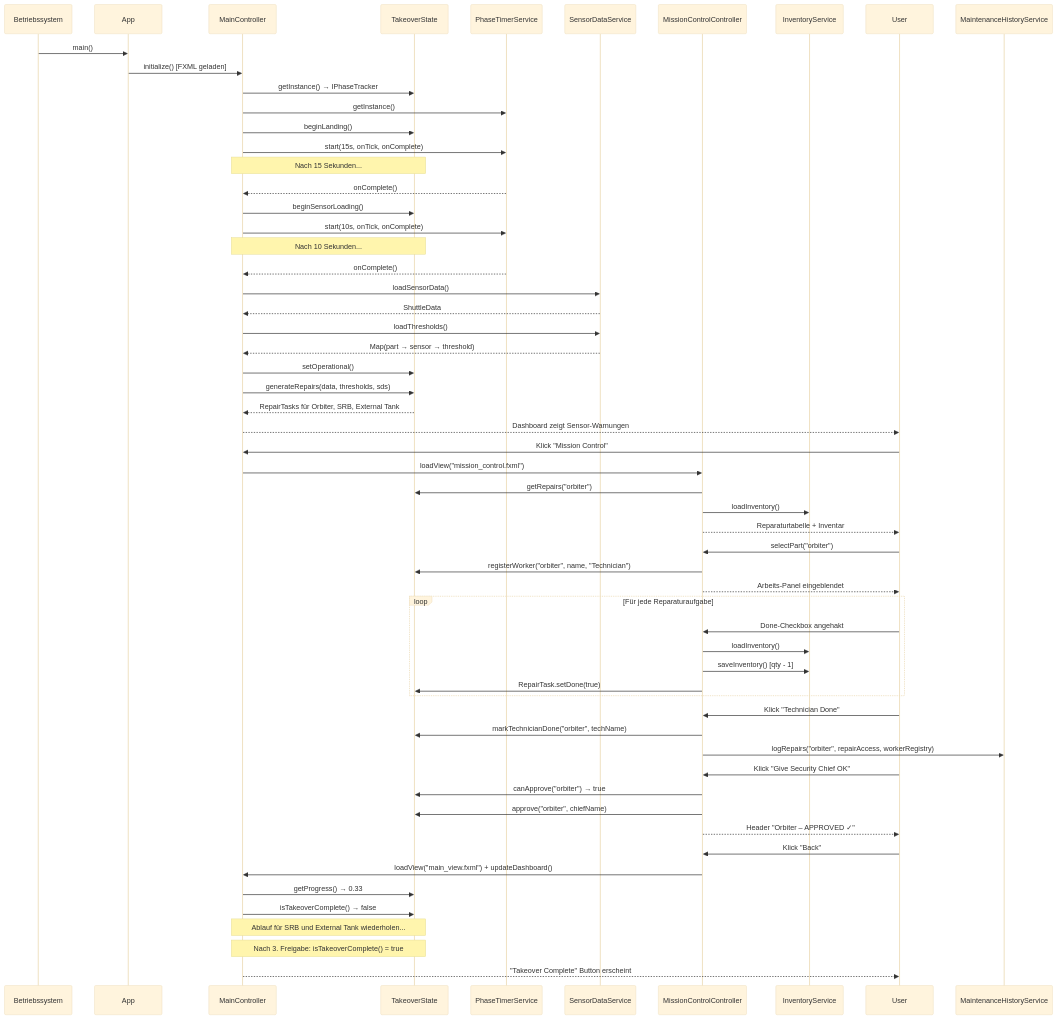
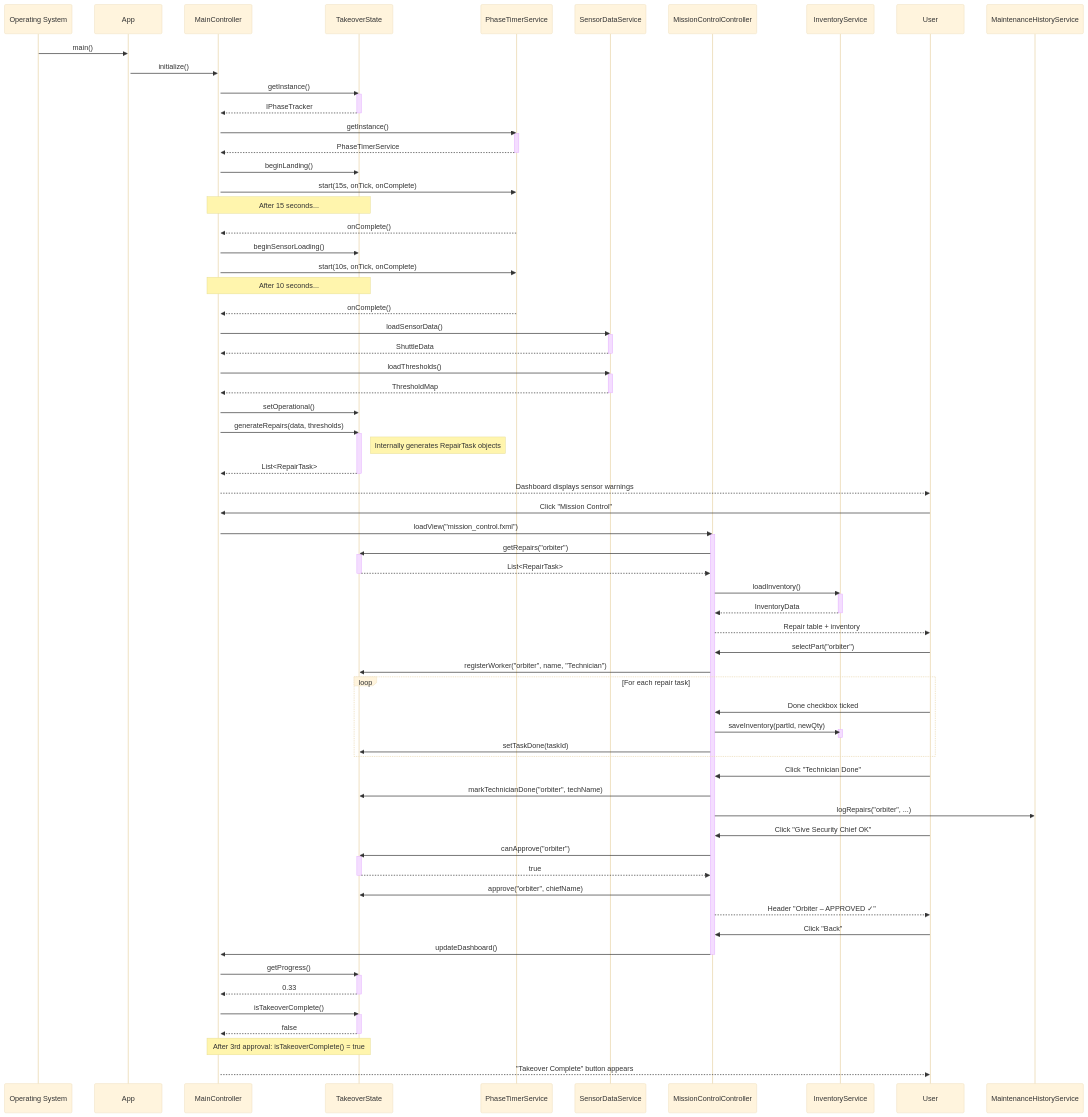
One commit to BassmaT/ShuttleLogisticGroup5 changed the sixth of 8 diagrams in README.md. Above: the diagram before and after it, drawn with Mermaid (base theme). The commit also changed other lines of this file and 83 other files, not shown here.

Commit message:
Changes: Fixed Language, updated tech docu, diagrams, logic, cleaned code

````diff
--- a/README.md
+++ b/README.md
@@ -895,6 +966,6 @@
 ```mermaid
 sequenceDiagram
-    participant OS as Betriebssystem
+    participant OS as Operating System
     participant App
     participant Main as MainController
     participant TS as TakeoverState
@@ -904,60 +975,105 @@
     participant IS as InventoryService
 
     OS->>App: main()
-    App->>Main: initialize() [FXML geladen]
-    Main->>TS: getInstance() → IPhaseTracker
+    activate App
+    App->>Main: initialize()
+    activate Main
+
+    Main->>TS: getInstance()
+    activate TS
+    TS-->>Main: IPhaseTracker
+    deactivate TS
+
     Main->>PTS: getInstance()
+    activate PTS
+    PTS-->>Main: PhaseTimerService
+    deactivate PTS
+
     Main->>TS: beginLanding()
     Main->>PTS: start(15s, onTick, onComplete)
 
-    Note over Main,TS: Nach 15 Sekunden...
+    Note over Main,TS: After 15 seconds...
     PTS-->>Main: onComplete()
+
     Main->>TS: beginSensorLoading()
     Main->>PTS: start(10s, onTick, onComplete)
 
-    Note over Main,TS: Nach 10 Sekunden...
+    Note over Main,TS: After 10 seconds...
     PTS-->>Main: onComplete()
+
     Main->>SDS: loadSensorData()
+    activate SDS
     SDS-->>Main: ShuttleData
+    deactivate SDS
+
     Main->>SDS: loadThresholds()
-    SDS-->>Main: Map(part → sensor → threshold)
+    activate SDS
+    SDS-->>Main: ThresholdMap
+    deactivate SDS
+
     Main->>TS: setOperational()
-    Main->>TS: generateRepairs(data, thresholds, sds)
-    TS-->>Main: RepairTasks für Orbiter, SRB, External Tank
-    Main-->>User: Dashboard zeigt Sensor-Warnungen
+    Main->>TS: generateRepairs(data, thresholds)
+    activate TS
+    Note right of TS: Internally generates RepairTask objects
+    TS-->>Main: List<RepairTask>
+    deactivate TS
 
-    User->>Main: Klick "Mission Control"
+    Main-->>User: Dashboard displays sensor warnings
+
+    User->>Main: Click "Mission Control"
     Main->>MCC: loadView("mission_control.fxml")
+    activate MCC
+
     MCC->>TS: getRepairs("orbiter")
+    activate TS
+    TS-->>MCC: List<RepairTask>
+    deactivate TS
+
     MCC->>IS: loadInventory()
-    MCC-->>User: Reparaturtabelle + Inventar
+    activate IS
+    IS-->>MCC: InventoryData
+    deactivate IS
+
+    MCC-->>User: Repair table + inventory
 
     User->>MCC: selectPart("orbiter")
     MCC->>TS: registerWorker("orbiter", name, "Technician")
-    MCC-->>User: Arbeits-Panel eingeblendet
 
-    loop Für jede Reparaturaufgabe
-        User->>MCC: Done-Checkbox angehakt
-        MCC->>IS: loadInventory()
-        MCC->>IS: saveInventory() [qty - 1]
-        MCC->>TS: RepairTask.setDone(true)
+    loop For each repair task
+        User->>MCC: Done checkbox ticked
+        MCC->>IS: saveInventory(partId, newQty)
+        activate IS
+        deactivate IS
+        MCC->>TS: setTaskDone(taskId)
     end
 
-    User->>MCC: Klick "Technician Done"
+    User->>MCC: Click "Technician Done"
     MCC->>TS: markTechnicianDone("orbiter", techName)
-    MCC->>MaintenanceHistoryService: logRepairs("orbiter", repairAccess, workerRegistry)
+    MCC->>MaintenanceHistoryService: logRepairs("orbiter", ...)
 
-    User->>MCC: Klick "Give Security Chief OK"
-    MCC->>TS: canApprove("orbiter") → true
+    User->>MCC: Click "Give Security Chief OK"
+    MCC->>TS: canApprove("orbiter")
+    activate TS
+    TS-->>MCC: true
+    deactivate TS
+
     MCC->>TS: approve("orbiter", chiefName)
     MCC-->>User: Header "Orbiter – APPROVED ✓"
 
-    User->>MCC: Klick "Back"
-    MCC->>Main: loadView("main_view.fxml") + updateDashboard()
-    Main->>TS: getProgress() → 0.33
-    Main->>TS: isTakeoverComplete() → false
+    User->>MCC: Click "Back"
+    MCC->>Main: updateDashboard()
+    deactivate MCC
 
-    Note over Main,TS: Ablauf für SRB und External Tank wiederholen...
-    Note over Main,TS: Nach 3. Freigabe: isTakeoverComplete() = true
-    Main-->>User: "Takeover Complete" Button erscheint
+    Main->>TS: getProgress()
+    activate TS
+    TS-->>Main: 0.33
+    deactivate TS
+
+    Main->>TS: isTakeoverComplete()
+    activate TS
+    TS-->>Main: false
+    deactivate TS
+
+    Note over Main,TS: After 3rd approval: isTakeoverComplete() = true
+    Main-->>User: "Takeover Complete" button appears
 ```
````
